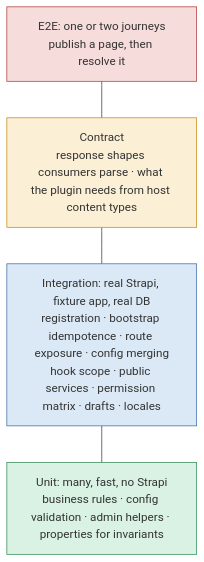
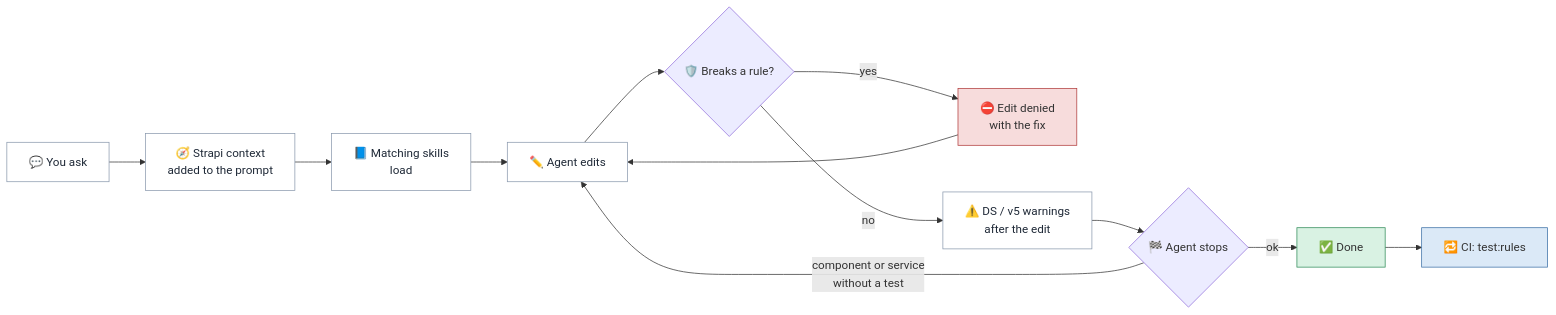
Before and after one commit to ayhid/strapi-skills: the second of 4 diagrams in README.md, drawn with Mermaid. The commit also changed other lines of this file, not shown here.

Commit message:
Rewrite the README around the goal, usage and workflow, with clearer diagrams

````diff
--- a/README.md
+++ b/README.md
@@ -108,12 +146,19 @@
 ```mermaid
-flowchart TB
-    E2E["E2E: one or two journeys<br/>publish a page, then resolve it"]
-    CON["Contract<br/>response shapes consumers parse · what the plugin needs from host content types"]
-    INT["Integration: real Strapi, fixture app, real DB<br/>registration · bootstrap idempotence · route exposure · config merging<br/>hook scope · public services · permission matrix · drafts · locales"]
-    UNIT["Unit: many, fast, no Strapi<br/>business rules · config validation · admin helpers · properties for invariants"]
-    E2E --- CON --- INT --- UNIT
-    style UNIT fill:#d9f2e3,stroke:#2e8b57
-    style INT fill:#dbe9f7,stroke:#3a6ea5
-    style CON fill:#fbefd5,stroke:#c58b12
-    style E2E fill:#f7dcdc,stroke:#b03a3a
+flowchart LR
+    P["💬 You ask"] --> C["🧭 Strapi context<br/>added to the prompt"]
+    C --> K["📘 Matching skills<br/>load"]
+    K --> E["✏️ Agent edits"]
+    E --> G{"🛡️ Breaks a rule?"}
+    G -- yes --> D["⛔ Edit denied<br/>with the fix"]
+    D --> E
+    G -- no --> W["⚠️ DS / v5 warnings<br/>after the edit"]
+    W --> S{"🏁 Agent stops"}
+    S -- "component or service<br/>without a test" --> E
+    S -- ok --> R["✅ Done"]
+    R --> CI["🔁 CI: test:rules"]
+    classDef box fill:#ffffff,stroke:#8a99ad,color:#1f2937
+    class P,C,K,E,W box
+    style D fill:#f7dcdc,stroke:#b03a3a
+    style R fill:#d9f2e3,stroke:#2e8b57
+    style CI fill:#dbe9f7,stroke:#3a6ea5
 ```
````
